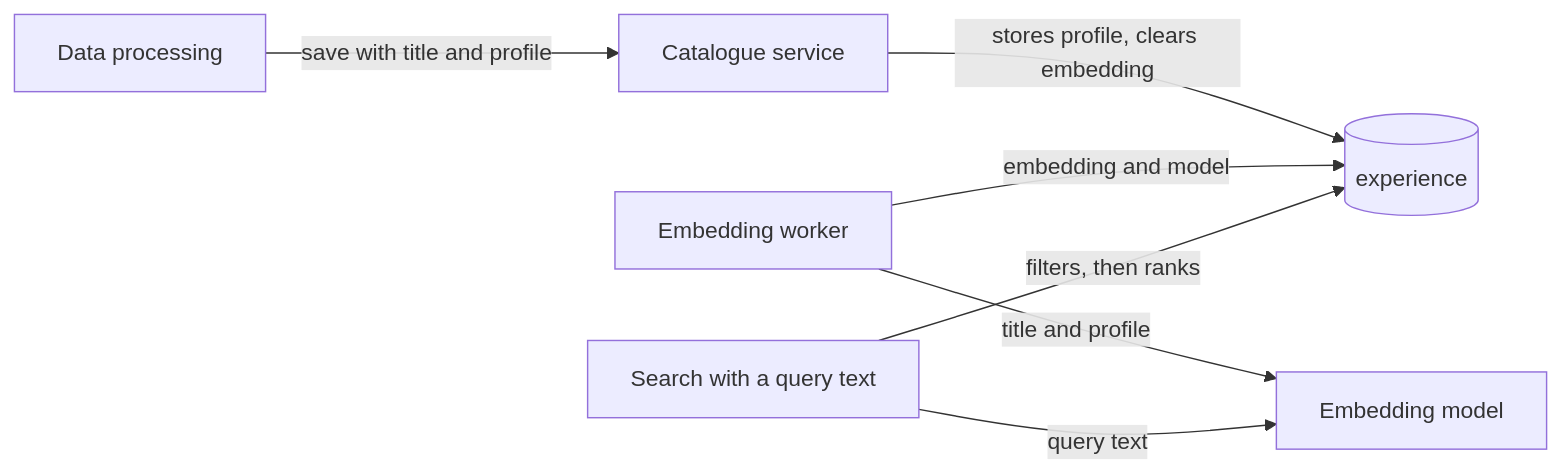
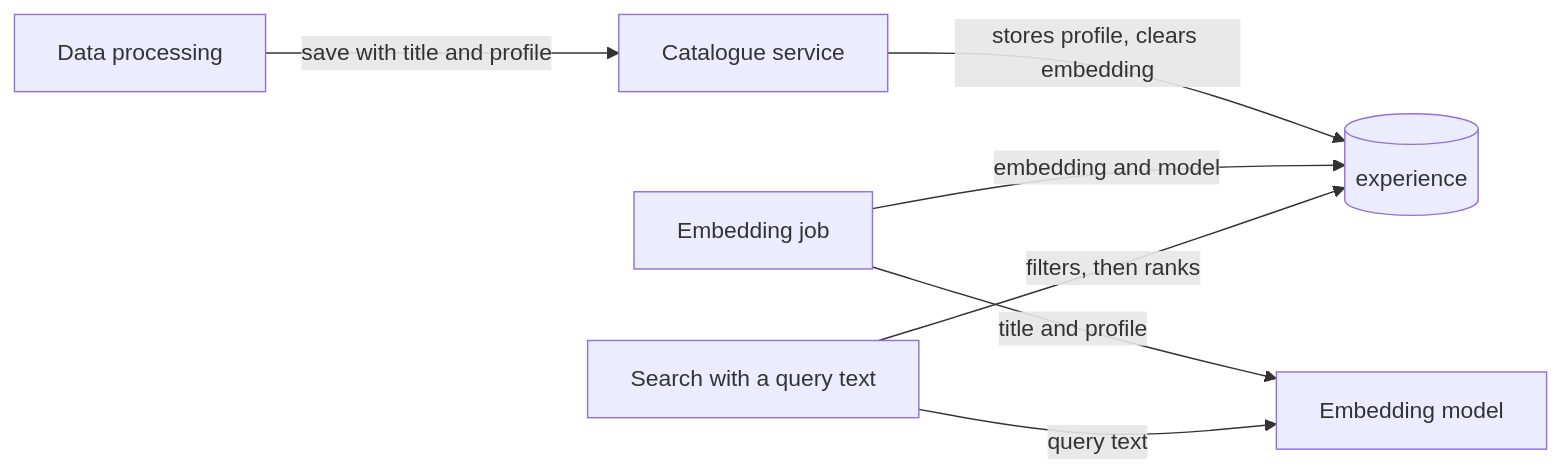
The second of 2 diagrams in docs/data-processing.md (mdwt/magic-events), drawn with Mermaid before and after one commit. The commit also changed other lines of this file, not shown here.

First line of the commit message:
Data processing: processing again as built, embedding as the catalogue.embed-experiences job, ranking as built, the Bedrock adapter measured

````diff
--- a/docs/data-processing.md
+++ b/docs/data-processing.md
@@ -292,9 +309,9 @@
 ```mermaid
 flowchart LR
   DP[Data processing] -- save with title and profile --> CAT[Catalogue service]
   CAT -- stores profile, clears embedding --> EXP[(experience)]
-  EW[Embedding worker] -- title and profile --> V[Embedding model]
+  EW[Embedding job] -- title and profile --> V[Embedding model]
   EW -- embedding and model --> EXP
   S[Search with a query text] -- query text --> V
   S -- filters, then ranks --> EXP
 ```
````
